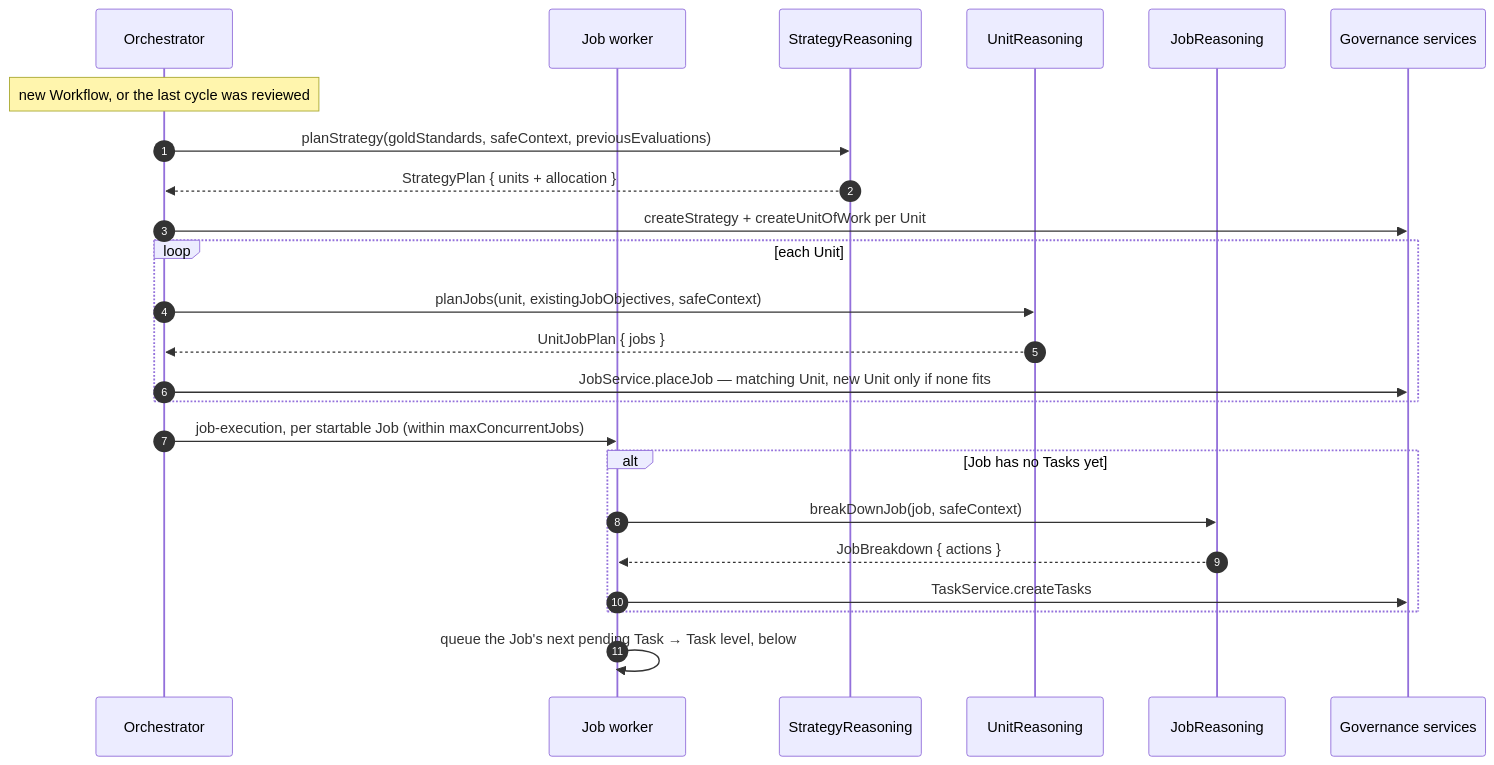
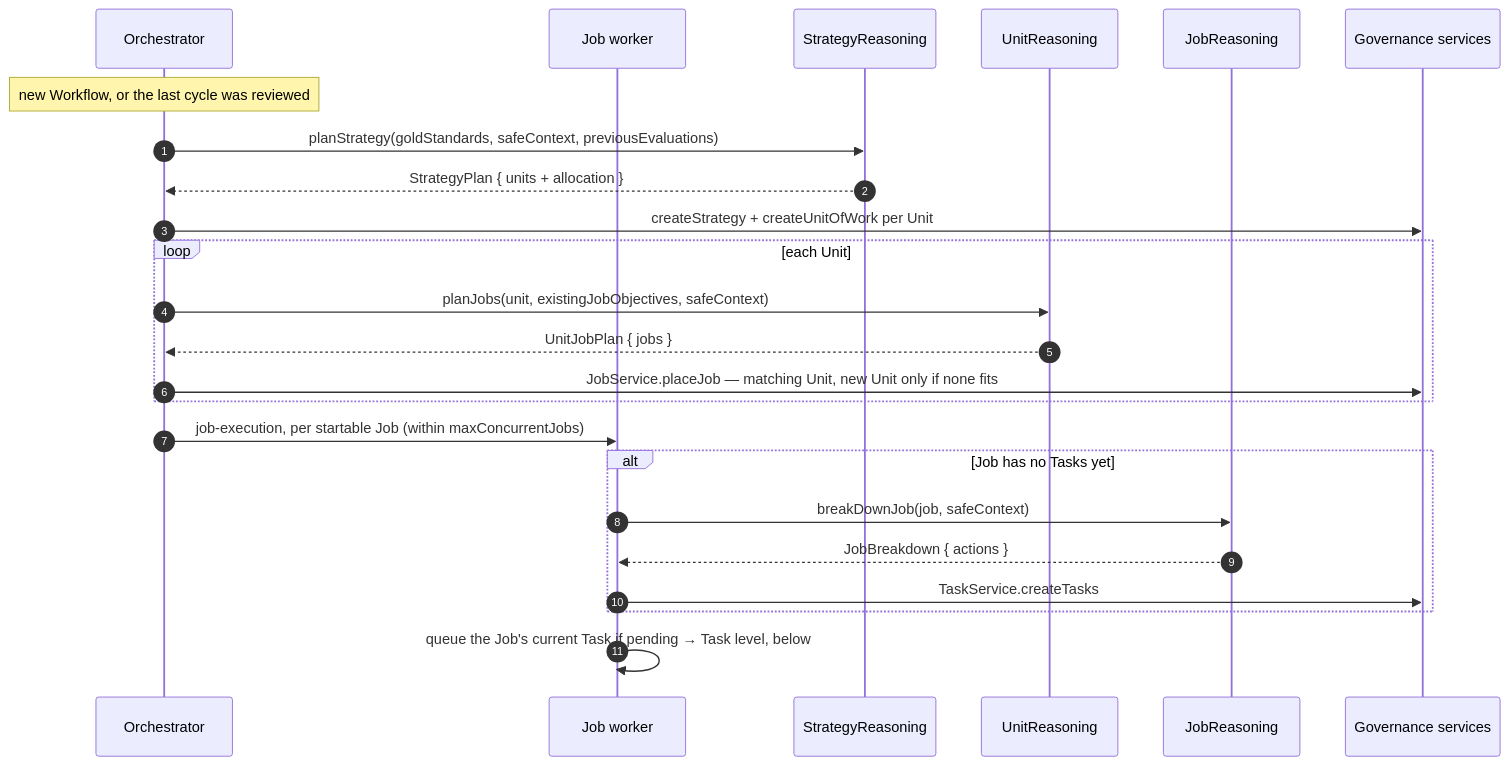
One commit to BaraaSoft/agentcores changed the second of 5 diagrams in packages/backend/src/reasoning/tech-spec.md. Above: the diagram before and after it, drawn with Mermaid. The commit also changed 10 other files, not shown here.

````diff
--- a/packages/backend/src/reasoning/tech-spec.md
+++ b/packages/backend/src/reasoning/tech-spec.md
@@ -84,27 +84,27 @@
 ```mermaid
 sequenceDiagram
     autonumber
     participant O as Orchestrator
     participant JW as Job worker
     participant S as StrategyReasoning
     participant U as UnitReasoning
     participant J as JobReasoning
     participant DB as Governance services
 
     Note over O: new Workflow, or the last cycle was reviewed
     O->>S: planStrategy(goldStandards, safeContext, previousEvaluations)
     S-->>O: StrategyPlan { units + allocation }
     O->>DB: createStrategy + createUnitOfWork per Unit
     loop each Unit
         O->>U: planJobs(unit, existingJobObjectives, safeContext)
         U-->>O: UnitJobPlan { jobs }
         O->>DB: JobService.placeJob — matching Unit, new Unit only if none fits
     end
     O->>JW: job-execution, per startable Job (within maxConcurrentJobs)
     alt Job has no Tasks yet
         JW->>J: breakDownJob(job, safeContext)
         J-->>JW: JobBreakdown { actions }
         JW->>DB: TaskService.createTasks
     end
-    JW->>JW: queue the Job's next pending Task → Task level, below
+    JW->>JW: queue the Job's current Task if pending → Task level, below
 ```
````
